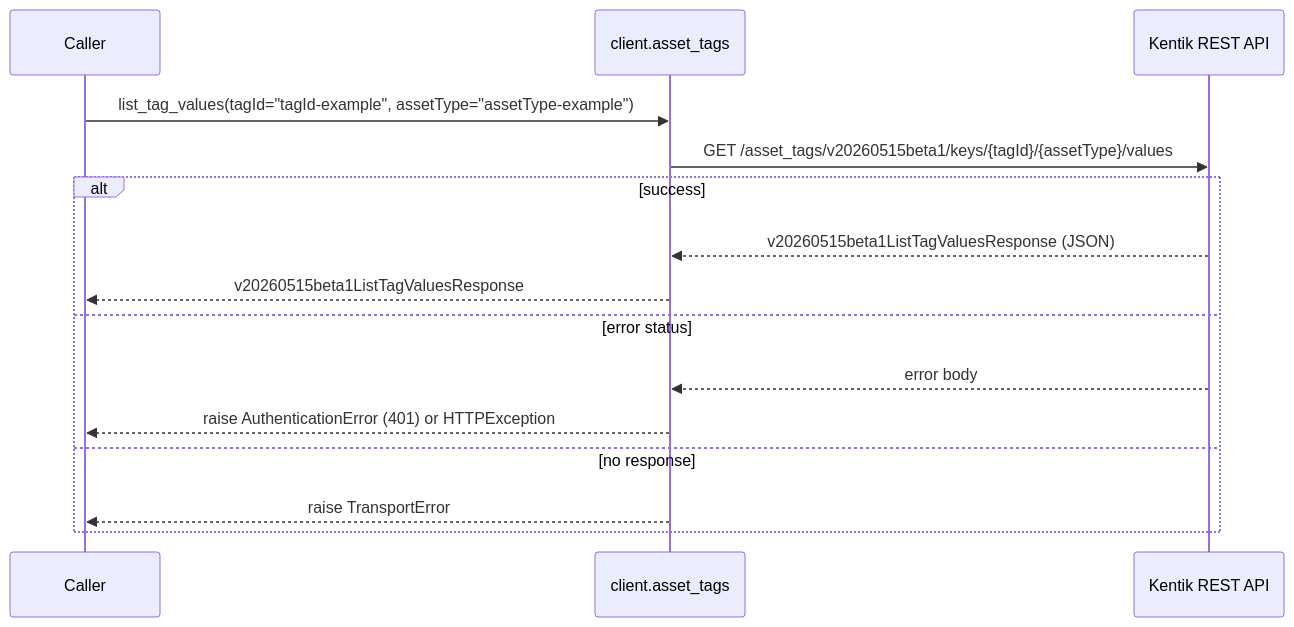
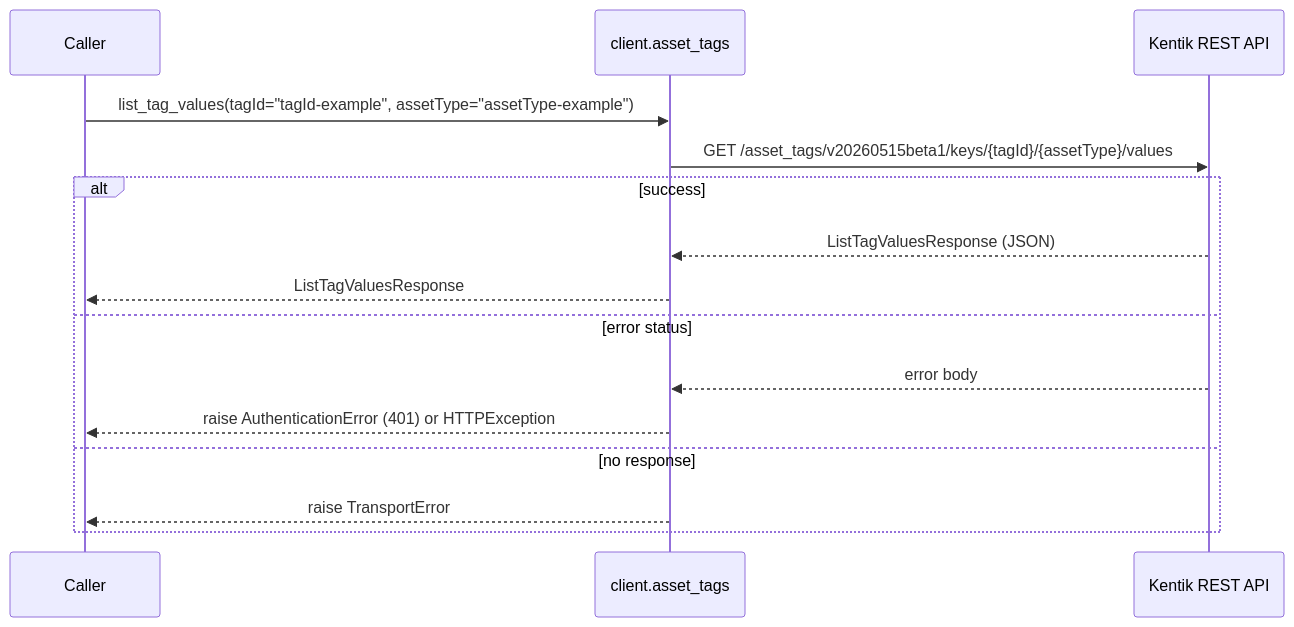
One commit to alexdearaujo/community_sdk_python changed diagram 14 of 20 in docs/sphinx/services/asset_tags.md. Above: the diagram before and after it, drawn with Mermaid. The commit also changed other lines of this file and 38 other files, not shown here.

````diff
--- a/docs/sphinx/services/asset_tags.md
+++ b/docs/sphinx/services/asset_tags.md
@@ -490,18 +490,18 @@
 ```mermaid
 sequenceDiagram
     participant C as Caller
     participant W as client.asset_tags
     participant API as Kentik REST API
 
     C->>W: list_tag_values(tagId="tagId-example", assetType="assetType-example")
     W->>API: GET /asset_tags/v20260515beta1/keys/{tagId}/{assetType}/values
     alt success
-        API-->>W: v20260515beta1ListTagValuesResponse (JSON)
-        W-->>C: v20260515beta1ListTagValuesResponse
+        API-->>W: ListTagValuesResponse (JSON)
+        W-->>C: ListTagValuesResponse
     else error status
         API-->>W: error body
         W-->>C: raise AuthenticationError (401) or HTTPException
     else no response
         W-->>C: raise TransportError
     end
 ```
````
